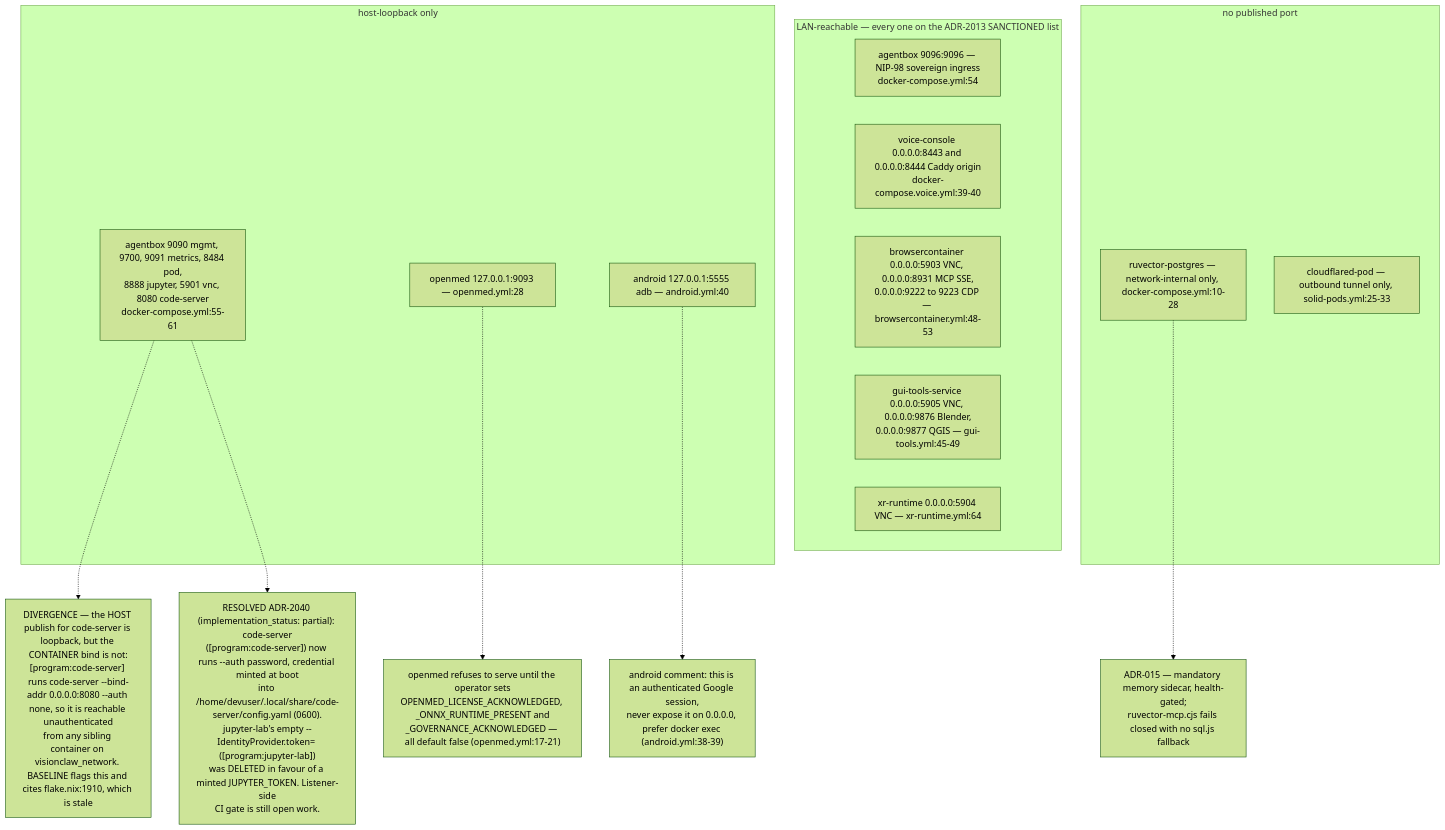
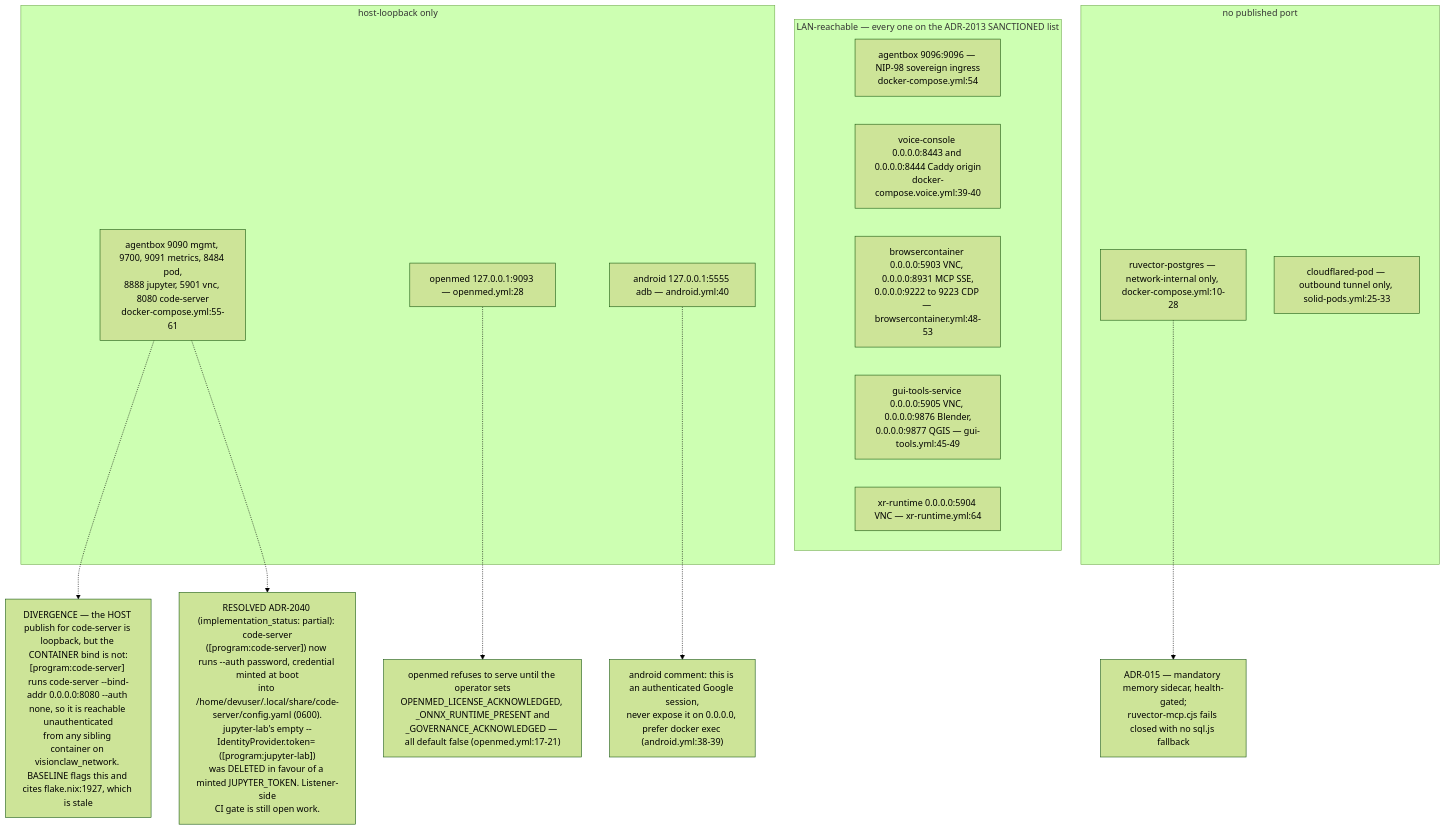
One commit to DreamLab-AI/AR-AI-Knowledge-Graph changed the seventh of 8 diagrams in docs/diagrams/agentbox/06-sidecars-and-compose-overlays.md. Above: the diagram before and after it, drawn with Mermaid (forest theme). The commit also changed other lines of this file and 73 other files, not shown here.

First line of the commit message:
docs(diagrams): re-verify all 71 topic files against HEAD; add --cite-check

````diff
--- a/docs/diagrams/agentbox/06-sidecars-and-compose-overlays.md
+++ b/docs/diagrams/agentbox/06-sidecars-and-compose-overlays.md
@@ -209,24 +209,24 @@
 ```mermaid
 flowchart TB
     subgraph LANP["LAN-reachable — every one on the ADR-2013 SANCTIONED list"]
         P1["agentbox 9096:9096 — NIP-98 sovereign ingress<br/>docker-compose.yml:54"]
         P2["voice-console 0.0.0.0:8443 and 0.0.0.0:8444 Caddy origin<br/>docker-compose.voice.yml:39-40"]
         P3["browsercontainer 0.0.0.0:5903 VNC, 0.0.0.0:8931 MCP SSE,<br/>0.0.0.0:9222 to 9223 CDP — browsercontainer.yml:48-53"]
         P4["gui-tools-service 0.0.0.0:5905 VNC, 0.0.0.0:9876 Blender,<br/>0.0.0.0:9877 QGIS — gui-tools.yml:45-49"]
         P5["xr-runtime 0.0.0.0:5904 VNC — xr-runtime.yml:64"]
     end
     subgraph LOOP["host-loopback only"]
         Q1["agentbox 9090 mgmt, 9700, 9091 metrics, 8484 pod,<br/>8888 jupyter, 5901 vnc, 8080 code-server<br/>docker-compose.yml:55-61"]
         Q2["openmed 127.0.0.1:9093 — openmed.yml:28"]
         Q3["android 127.0.0.1:5555 adb — android.yml:40"]
     end
     subgraph NONE["no published port"]
         R1["ruvector-postgres — network-internal only, docker-compose.yml:10-28"]
         R2["cloudflared-pod — outbound tunnel only, solid-pods.yml:25-33"]
     end
     Q3 -.-> AND["android comment: this is an authenticated Google session,<br/>never expose it on 0.0.0.0, prefer docker exec (android.yml:38-39)"]
     Q2 -.-> OM["openmed refuses to serve until the operator sets<br/>OPENMED_LICENSE_ACKNOWLEDGED, _ONNX_RUNTIME_PRESENT and<br/>_GOVERNANCE_ACKNOWLEDGED — all default false (openmed.yml:17-21)"]
-    Q1 -.-> CS["DIVERGENCE — the HOST publish for code-server is loopback, but the CONTAINER bind is not:<br/>[program:code-server] runs code-server --bind-addr 0.0.0.0:8080 --auth none, so it is reachable unauthenticated<br/>from any sibling container on visionclaw_network. BASELINE flags this and cites flake.nix:1910, which is stale"]
+    Q1 -.-> CS["DIVERGENCE — the HOST publish for code-server is loopback, but the CONTAINER bind is not:<br/>[program:code-server] runs code-server --bind-addr 0.0.0.0:8080 --auth none, so it is reachable unauthenticated<br/>from any sibling container on visionclaw_network. BASELINE flags this and cites flake.nix:1927, which is stale"]
     Q1 -.-> CSR["RESOLVED ADR-2040 (implementation_status: partial): code-server<br/>([program:code-server]) now runs --auth password, credential minted at boot<br/>into /home/devuser/.local/share/code-server/config.yaml (0600).<br/>jupyter-lab's empty --IdentityProvider.token= ([program:jupyter-lab])<br/>was DELETED in favour of a minted JUPYTER_TOKEN. Listener-side<br/>CI gate is still open work."]
     R1 -.-> PGN["ADR-015 — mandatory memory sidecar, health-gated;<br/>ruvector-mcp.cjs fails closed with no sql.js fallback"]
 ```
````
